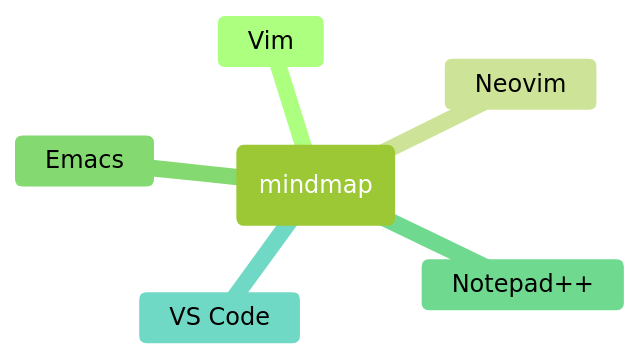
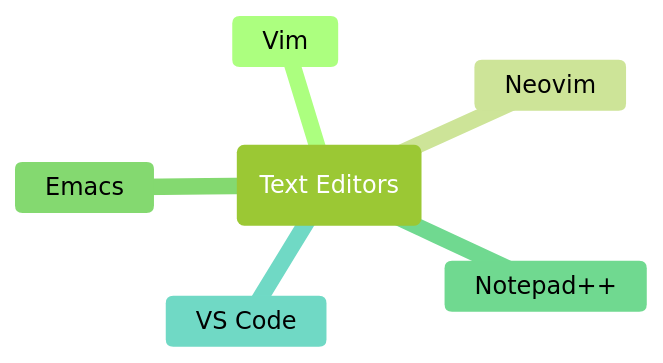
The third of 4 diagrams in README.md (frefolli/github-profile), drawn with Mermaid (forest theme) before and after one commit. The commit also changed other lines of this file and 2 other files, not shown here.

````diff
--- a/README.md
+++ b/README.md
@@ -32,9 +32,9 @@
 ```mermaid
 mindmap
-  root(mindmap)
+  root(Text Editors)
     Vim
     Neovim
     Emacs
     Notepad++
     VS Code
 ```
````
